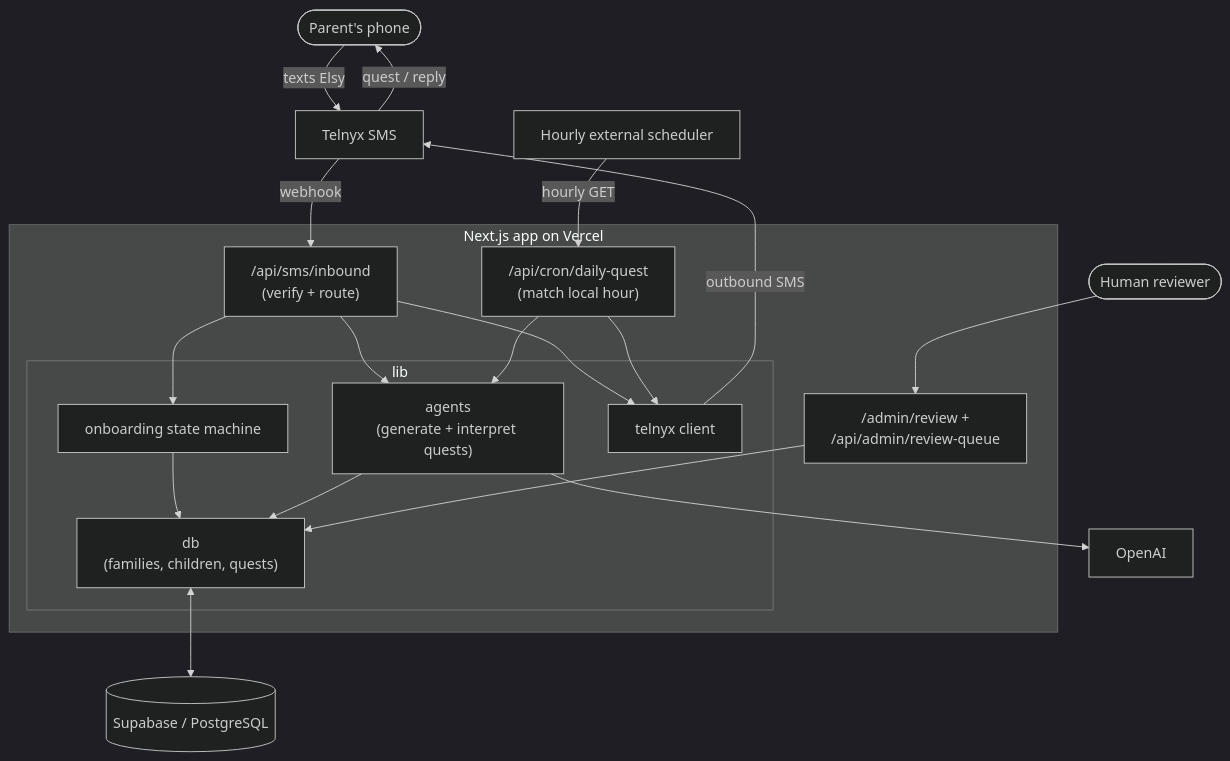
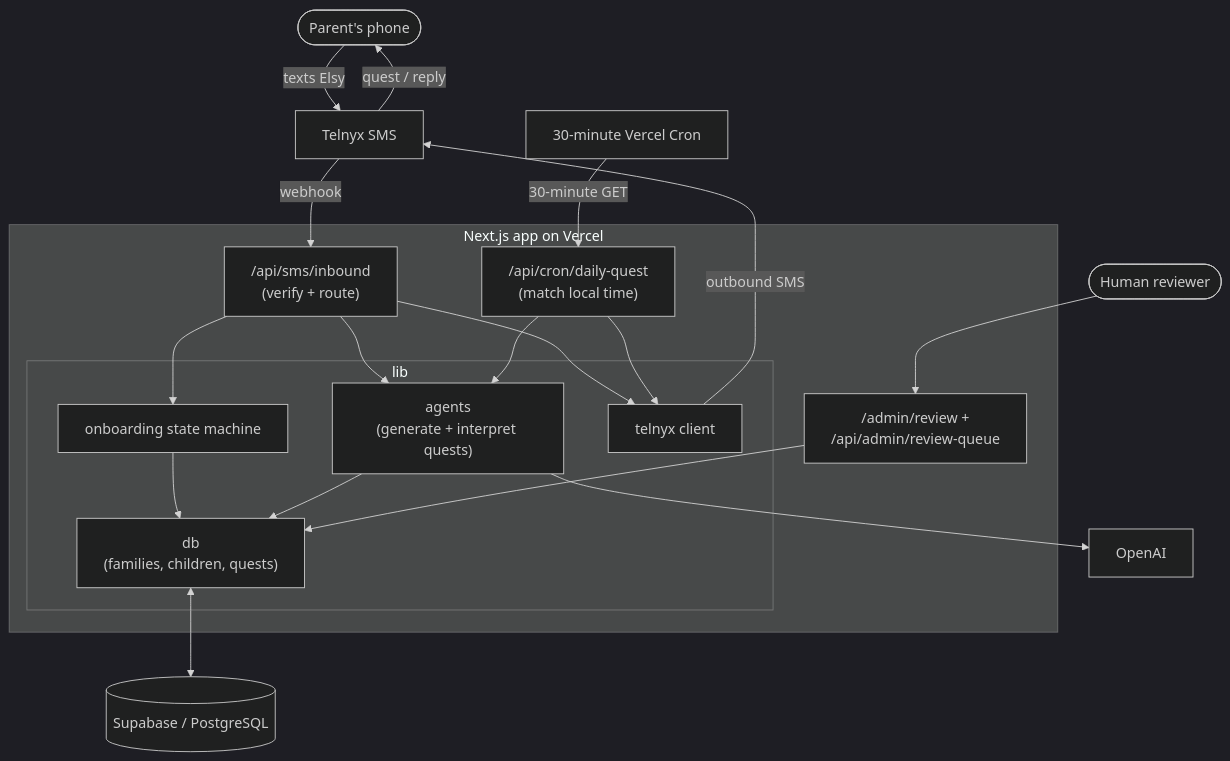
One commit to yiyaw-lab/thinkelse changed the diagram in README.md. Above: the diagram before and after it, drawn with Mermaid (dark theme). The commit also changed other lines of this file and 9 other files, not shown here.

````diff
--- a/README.md
+++ b/README.md
@@ -37,40 +37,40 @@
 ```mermaid
 flowchart TD
     Parent([Parent's phone])
     Telnyx[Telnyx SMS]
-    Scheduler[Hourly external scheduler]
+    Scheduler[30-minute Vercel Cron]
 
     subgraph App[Next.js app on Vercel]
         Inbound["/api/sms/inbound<br/>(verify + route)"]
-        Cron["/api/cron/daily-quest<br/>(match local hour)"]
+        Cron["/api/cron/daily-quest<br/>(match local time)"]
         Admin["/admin/review +<br/>/api/admin/review-queue"]
 
         subgraph Lib[lib]
             Onboard[onboarding state machine]
             Agents["agents<br/>(generate + interpret quests)"]
             DB["db<br/>(families, children, quests)"]
             TelnyxLib[telnyx client]
         end
     end
 
     OpenAI[OpenAI]
     Supabase[(Supabase / PostgreSQL)]
     Reviewer([Human reviewer])
 
     Parent -->|texts Elsy| Telnyx -->|webhook| Inbound
-    Scheduler -->|hourly GET| Cron
+    Scheduler -->|30-minute GET| Cron
 
     Inbound --> Onboard
     Inbound --> Agents
     Cron --> Agents
     Agents --> OpenAI
     Onboard --> DB
     Agents --> DB
     DB <--> Supabase
 
     Inbound --> TelnyxLib
     Cron --> TelnyxLib
     TelnyxLib -->|outbound SMS| Telnyx -->|quest / reply| Parent
 
     Reviewer --> Admin --> DB
 ```
````
